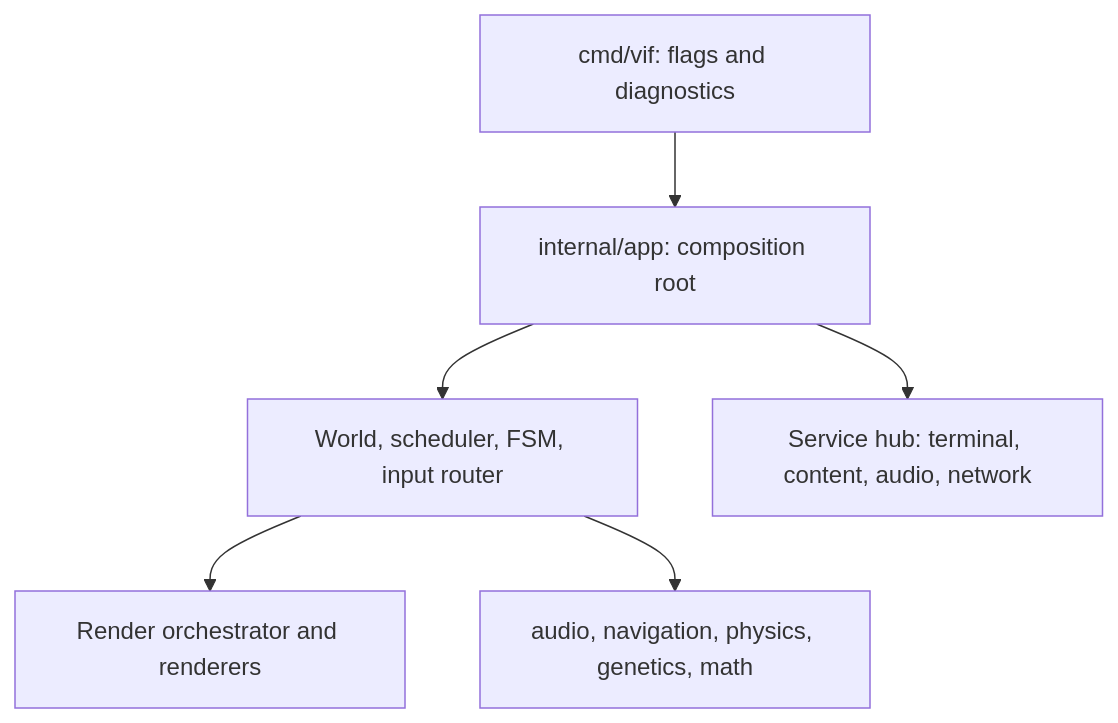
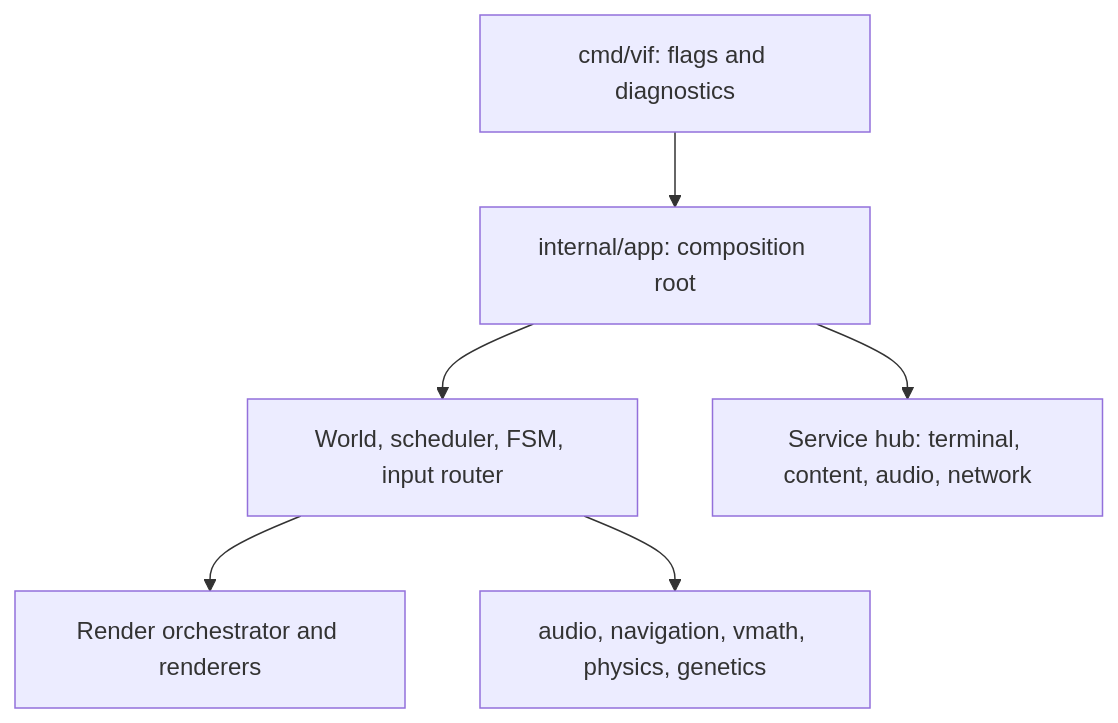
Before and after one commit to lixenwraith/vi-fighter: the second of 3 diagrams in doc/architecture.md, drawn with Mermaid. The commit also changed 52 other files, not shown here.

Commit message:
physics: consolidate profiles and vmath

````diff
--- a/doc/architecture.md
+++ b/doc/architecture.md
@@ -34,8 +34,8 @@
 ```mermaid
 flowchart TD
     Entry["cmd/vif: flags and diagnostics"] --> App["internal/app: composition root"]
     App --> Runtime["World, scheduler, FSM, input router"]
     App --> IO["Service hub: terminal, content, audio, network"]
     Runtime --> Presentation["Render orchestrator and renderers"]
-    Runtime --> Libraries["audio, navigation, physics, genetics, math"]
+    Runtime --> Libraries["audio, navigation, vmath, physics, genetics"]
 ```
````
